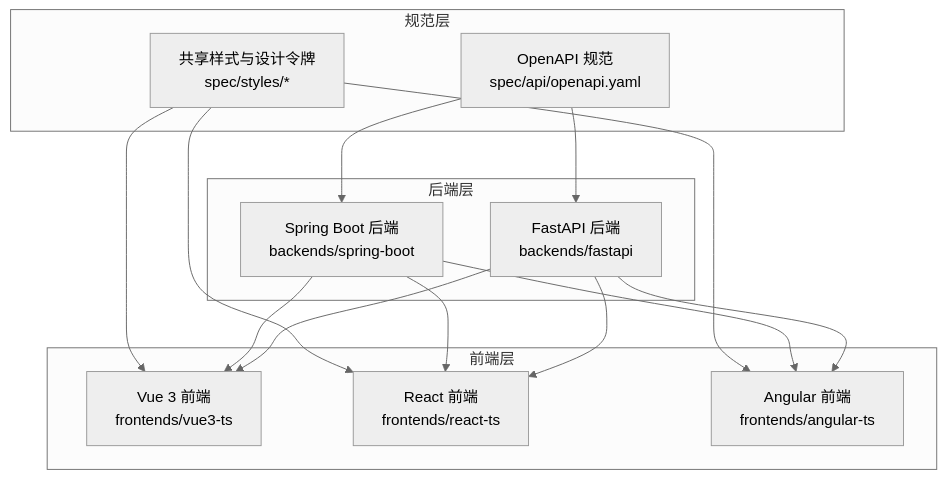
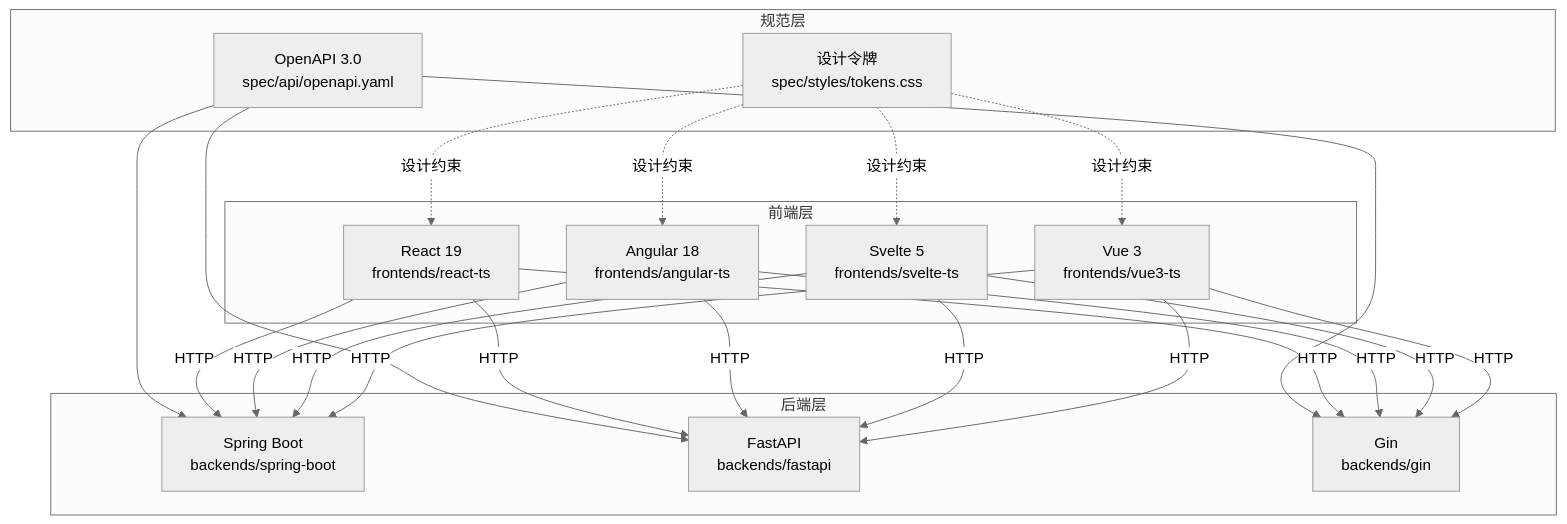
The first of 3 diagrams in .qoder/repowiki/zh/content/架构设计/架构设计.md (alexy2008/TimeCapsule), drawn with Mermaid (neutral theme) before and after one commit. The commit also changed other lines of this file and 247 other files, not shown here.

````diff
--- a/.qoder/repowiki/zh/content/架构设计/架构设计.md
+++ b/.qoder/repowiki/zh/content/架构设计/架构设计.md
@@ -50,27 +47,37 @@
 ```mermaid
 graph TB
 subgraph "规范层"
-OAS["OpenAPI 规范<br/>spec/api/openapi.yaml"]
-STYLES["共享样式与设计令牌<br/>spec/styles/*"]
+OAS["OpenAPI 3.0<br/>spec/api/openapi.yaml"]
+Tokens["设计令牌<br/>spec/styles/tokens.css"]
 end
 subgraph "后端层"
-SB["Spring Boot 后端<br/>backends/spring-boot"]
-FA["FastAPI 后端<br/>backends/fastapi"]
+SB["Spring Boot<br/>backends/spring-boot"]
+FA["FastAPI<br/>backends/fastapi"]
+GI["Gin<br/>backends/gin"]
 end
 subgraph "前端层"
-VUE["Vue 3 前端<br/>frontends/vue3-ts"]
-REACT["React 前端<br/>frontends/react-ts"]
-ANG["Angular 前端<br/>frontends/angular-ts"]
+RE["React 19<br/>frontends/react-ts"]
+AN["Angular 18<br/>frontends/angular-ts"]
+SV["Svelte 5<br/>frontends/svelte-ts"]
+VUE["Vue 3<br/>frontends/vue3-ts"]
 end
 OAS --> SB
 OAS --> FA
-STYLES --> VUE
-STYLES --> REACT
-STYLES --> ANG
-SB --> VUE
-SB --> REACT
-SB --> ANG
-FA --> VUE
-FA --> REACT
-FA --> ANG
+OAS --> GI
+Tokens -. 设计约束 .-> RE
+Tokens -. 设计约束 .-> AN
+Tokens -. 设计约束 .-> SV
+Tokens -. 设计约束 .-> VUE
+RE --> |"HTTP"| SB
+RE --> |"HTTP"| FA
+RE --> |"HTTP"| GI
+AN --> |"HTTP"| SB
+AN --> |"HTTP"| FA
+AN --> |"HTTP"| GI
+SV --> |"HTTP"| SB
+SV --> |"HTTP"| FA
+SV --> |"HTTP"| GI
+VUE --> |"HTTP"| SB
+VUE --> |"HTTP"| FA
+VUE --> |"HTTP"| GI
 ```
````
